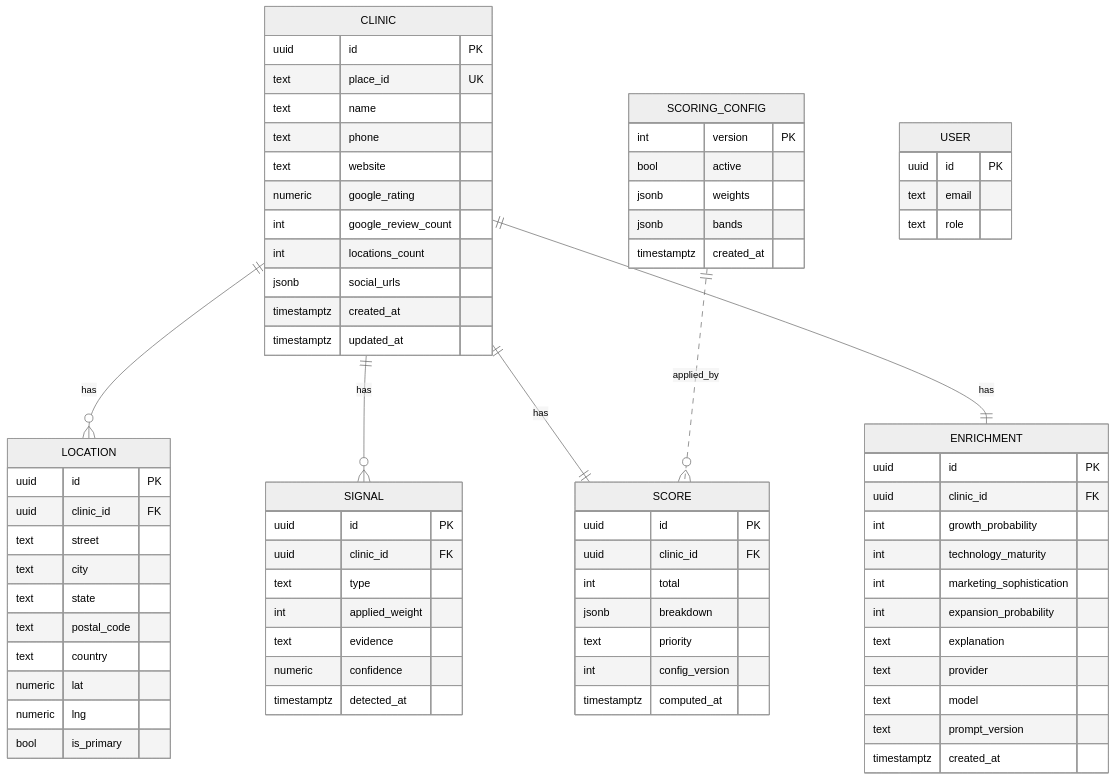
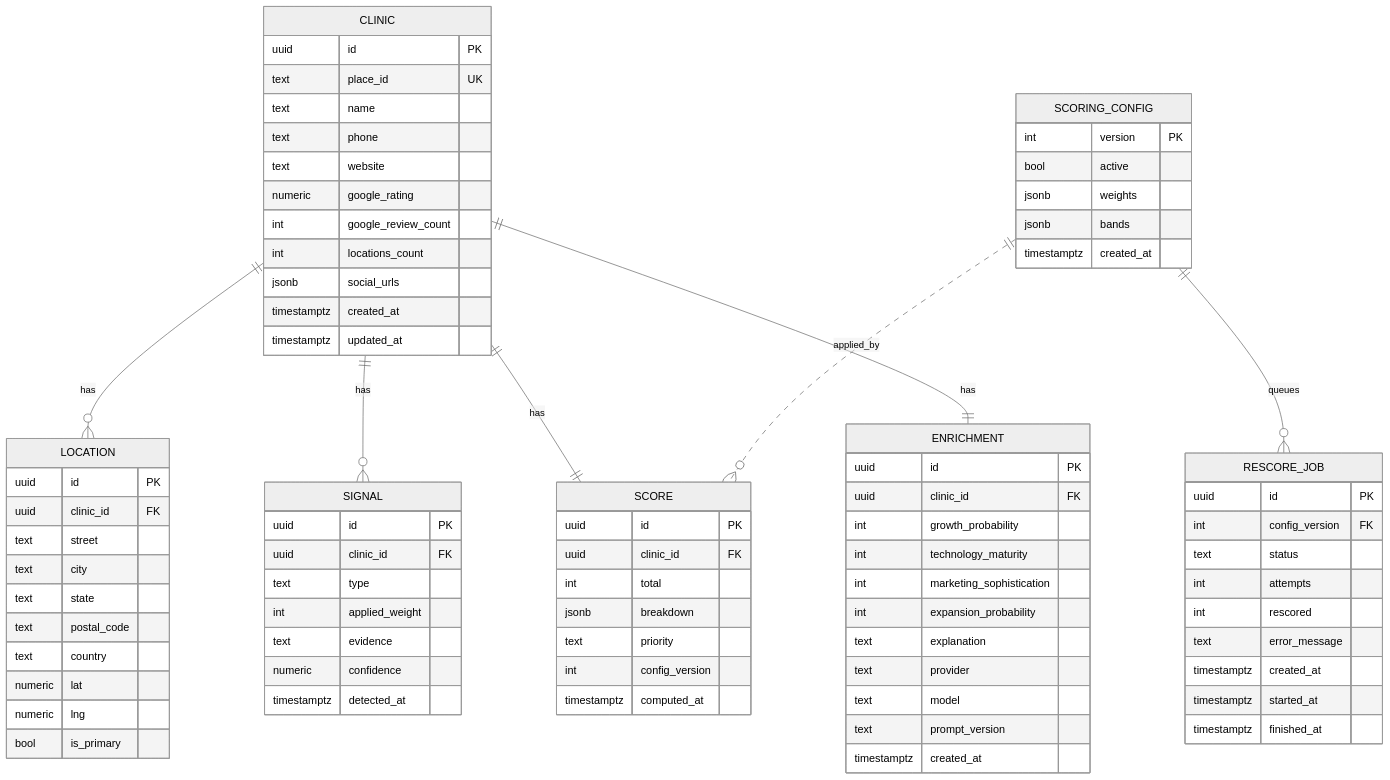
The third of 4 diagrams in docs/explanation/architecture.md (fsoaz/dental-radar), drawn with Mermaid (neutral theme) before and after one commit. The commit also changed other lines of this file and 45 other files, not shown here.

````diff
--- a/docs/explanation/architecture.md
+++ b/docs/explanation/architecture.md
@@ -180,11 +175,7 @@
   CLINIC ||--|| SCORE : has
   CLINIC ||--|| ENRICHMENT : has
   SCORING_CONFIG ||..o{ SCORE : applied_by
-  USER {
-    uuid id PK
-    text email
-    text role
-  }
+  SCORING_CONFIG ||--o{ RESCORE_JOB : queues
   CLINIC {
     uuid id PK
     text place_id UK
@@ -248,4 +239,15 @@
     jsonb bands
     timestamptz created_at
   }
+  RESCORE_JOB {
+    uuid id PK
+    int config_version FK
+    text status
+    int attempts
+    int rescored
+    text error_message
+    timestamptz created_at
+    timestamptz started_at
+    timestamptz finished_at
+  }
 ```
````
